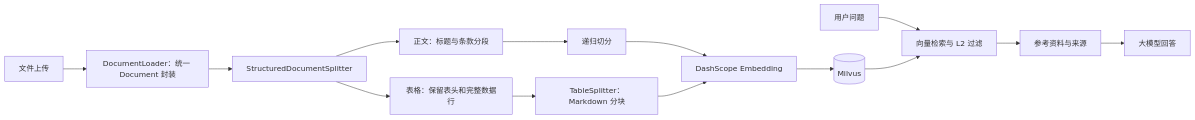
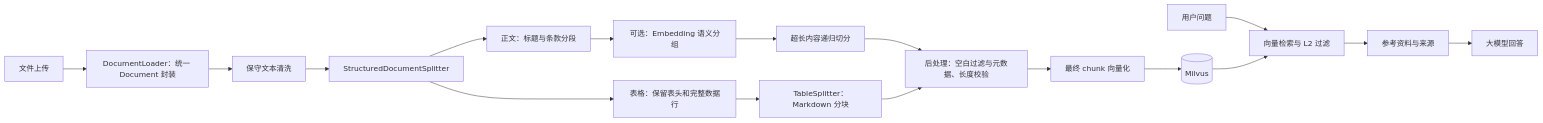
Before and after one commit to sleepy-mendeleev/My_Rag: the diagram in README.md, drawn with Mermaid. The commit also changed other lines of this file and 14 other files, not shown here.

````diff
--- a/README.md
+++ b/README.md
@@ -27,16 +29,19 @@
 ```mermaid
 flowchart LR
     A[文件上传] --> B[DocumentLoader：统一 Document 封装]
-    B --> C[StructuredDocumentSplitter]
+    B --> N[保守文本清洗]
+    N --> C[StructuredDocumentSplitter]
     C --> D[正文：标题与条款分段]
     C --> E[表格：保留表头和完整数据行]
-    D --> F[递归切分]
+    D --> S[可选：Embedding 语义分组]
+    S --> F[超长内容递归切分]
     E --> G[TableSplitter：Markdown 分块]
-    F --> H[DashScope Embedding]
-    G --> H
+    F --> P[后处理：空白过滤与元数据、长度校验]
+    G --> P
+    P --> H[最终 chunk 向量化]
     H --> M[(Milvus)]
     I[用户问题] --> J[向量检索与 L2 过滤]
     M --> J
     J --> K[参考资料与来源]
     K --> L[大模型回答]
 ```
````
